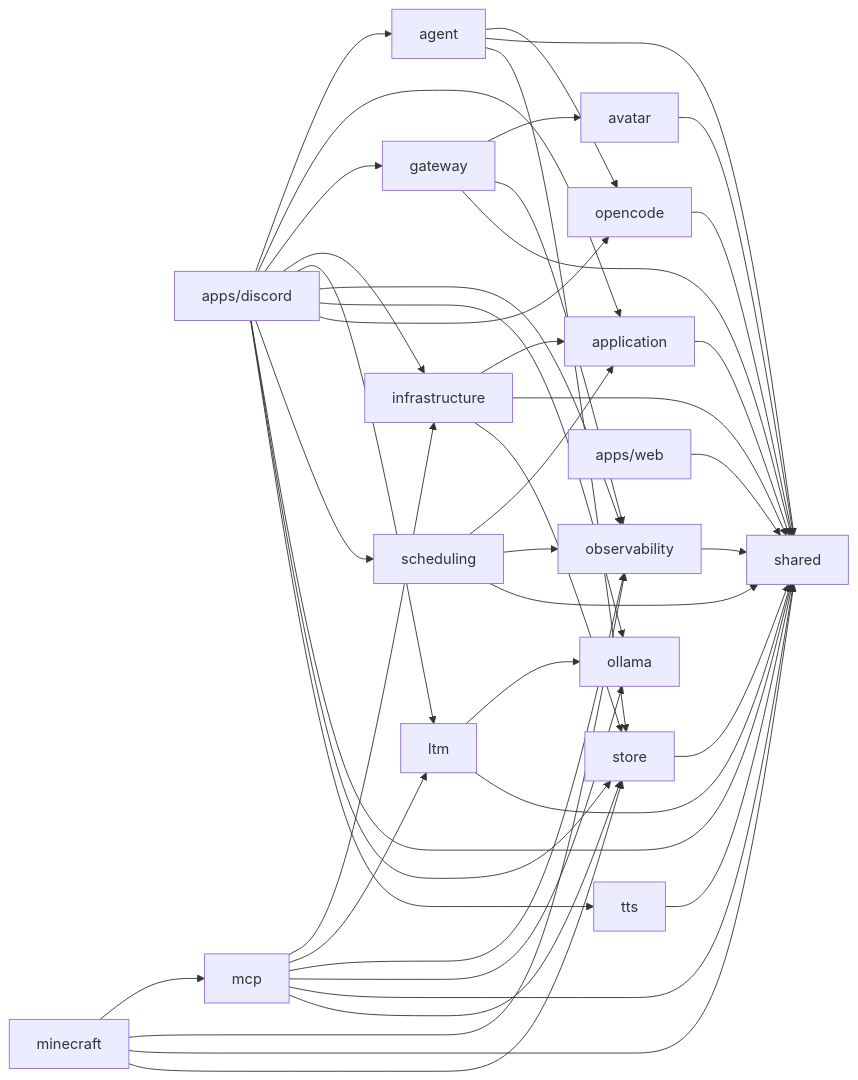
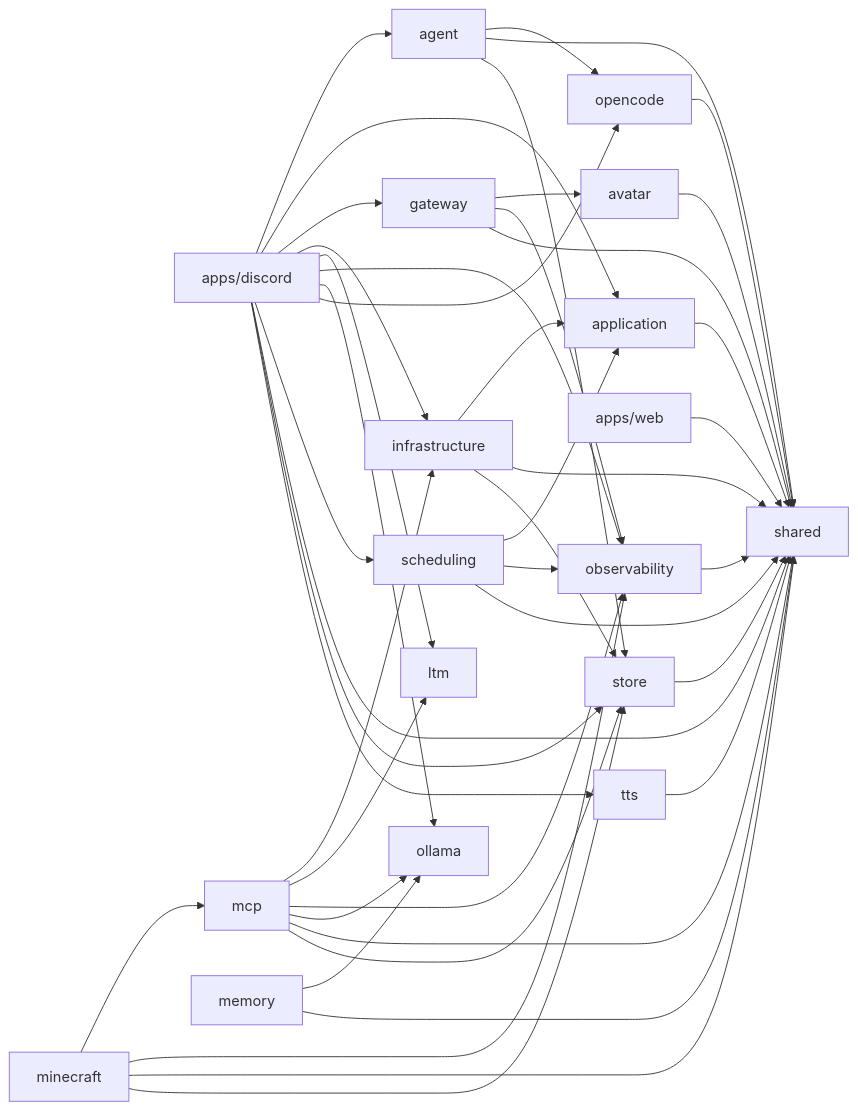
Before and after one commit to OJII3/vicissitude: the diagram in docs/DEPS.md, drawn with Mermaid. The commit also changed other lines of this file and 47 other files, not shown here.

First line of the commit message:
refactor: packages/ltm → packages/memory (内部リネーム)

````diff
--- a/docs/DEPS.md
+++ b/docs/DEPS.md
@@ -7,48 +7,49 @@
 ```mermaid
 graph LR
   agent --> opencode
   agent --> shared
   agent --> store
   application --> shared
   apps_discord["apps/discord"] --> agent
   apps_discord["apps/discord"] --> application
   apps_discord["apps/discord"] --> gateway
   apps_discord["apps/discord"] --> infrastructure
   apps_discord["apps/discord"] --> ltm
   apps_discord["apps/discord"] --> observability
   apps_discord["apps/discord"] --> ollama
   apps_discord["apps/discord"] --> opencode
   apps_discord["apps/discord"] --> scheduling
   apps_discord["apps/discord"] --> shared
   apps_discord["apps/discord"] --> store
   apps_discord["apps/discord"] --> tts
   apps_web["apps/web"] --> shared
   avatar --> shared
   gateway --> avatar
   gateway --> observability
   gateway --> shared
   infrastructure --> application
   infrastructure --> shared
   infrastructure --> store
-  ltm --> ollama
-  ltm --> shared
+  ltm
   mcp --> infrastructure
   mcp --> ltm
   mcp --> observability
   mcp --> ollama
   mcp --> shared
   mcp --> store
+  memory --> ollama
+  memory --> shared
   minecraft --> mcp
   minecraft --> observability
   minecraft --> shared
   minecraft --> store
   observability --> shared
   ollama
   opencode --> shared
   scheduling --> application
   scheduling --> observability
   scheduling --> shared
   shared
   store --> shared
   tts --> shared
 ```
````
